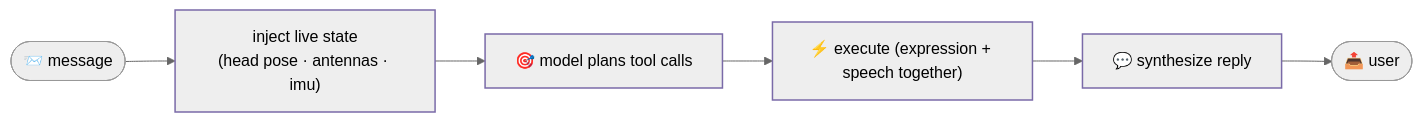
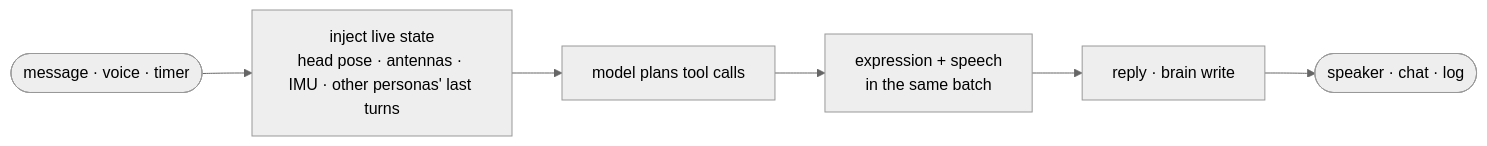
One commit to cagataycali/tiny-the-reachy changed the second of 2 diagrams in docs/guide/architecture.md. Above: the diagram before and after it, drawn with Mermaid (neutral theme). The commit also changed other lines of this file and 2 other files, not shown here.

Commit message:
docs a+ (it3b): architecture rewritten from the code — body anatomy figure (4 twin layers, hotspots → tool pages, caption kept, role=img without nested links), 14→19+8 tools, five builders, dashboard/tunnel/fleet in the layout, emoji-free mermaid

````diff
--- a/docs/guide/architecture.md
+++ b/docs/guide/architecture.md
@@ -27,10 +56,8 @@
 ```mermaid
 flowchart LR
-  M(["📨 message"]) --> I["inject live state<br/>(head pose · antennas · imu)"]
-  I --> P["🎯 model plans tool calls"]
-  P --> T["⚡ execute (expression + speech together)"]
-  T --> R["💬 synthesize reply"]
-  R --> U(["📤 user"])
-  classDef a stroke:#7a6aa8,stroke-width:1.5px
-  class I,P,T,R a
+  M(["message · voice · timer"]) --> I["inject live state<br/>head pose · antennas · IMU · other personas' last turns"]
+  I --> P["model plans tool calls"]
+  P --> T["expression + speech<br/>in the same batch"]
+  T --> R["reply · brain write"]
+  R --> U(["speaker · chat · log"])
 ```
````
